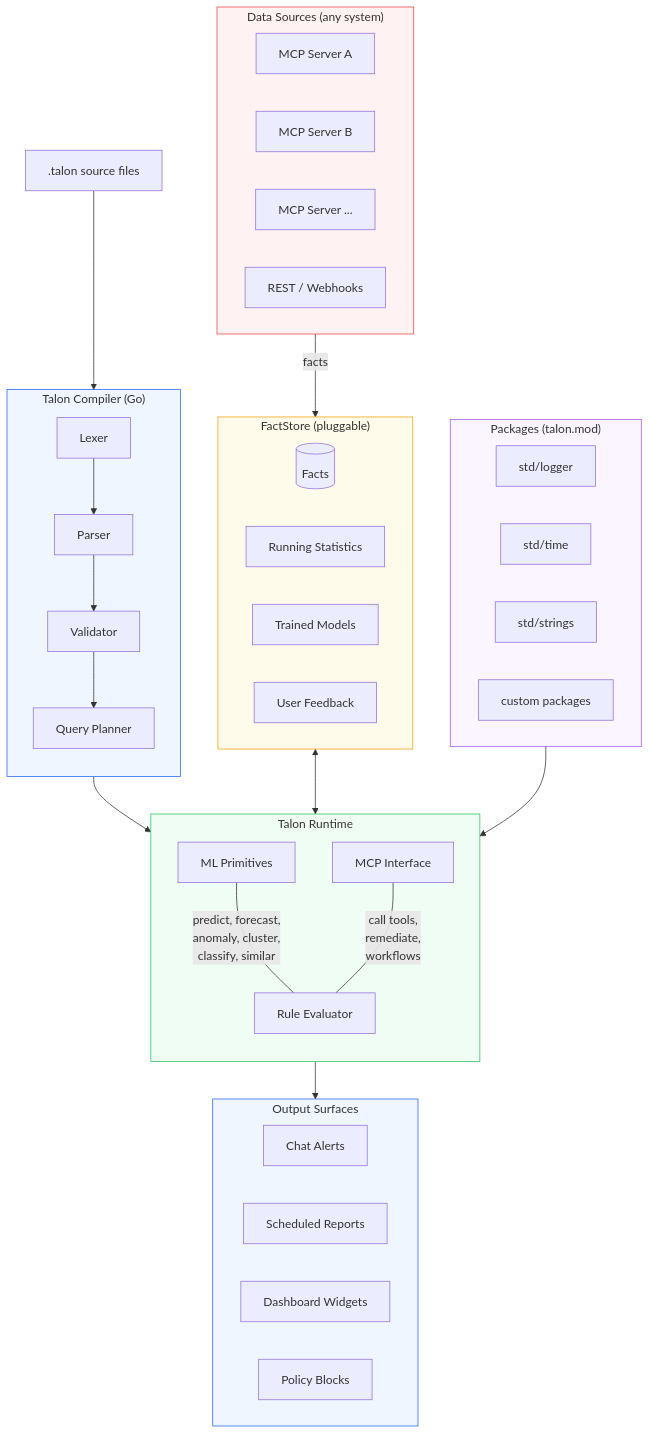
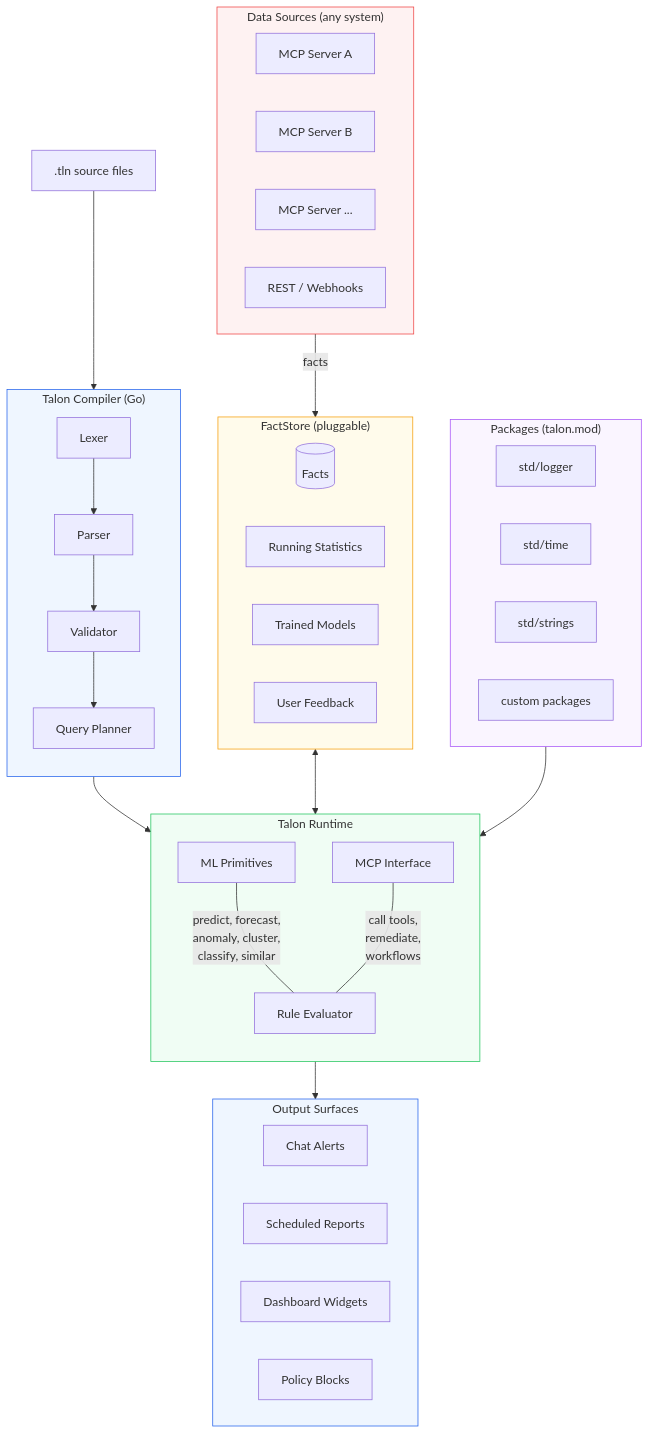
One commit to opentalon/talon-language changed the first of 2 diagrams in README.md. Above: the diagram before and after it, drawn with Mermaid. The commit also changed other lines of this file and 170 other files, not shown here.

Commit message:
Rename source extension from .talon to .tln

````diff
--- a/README.md
+++ b/README.md
@@ -151,64 +151,64 @@
 ```mermaid
 graph TB
     subgraph Sources["Data Sources (any system)"]
         MCP1[MCP Server A]
         MCP2[MCP Server B]
         MCP3[MCP Server ...]
         API[REST / Webhooks]
     end
 
     subgraph Compiler["Talon Compiler (Go)"]
         direction TB
         LEX[Lexer]
         PAR[Parser]
         VAL[Validator]
         QP[Query Planner]
         LEX --> PAR --> VAL --> QP
     end
 
     subgraph Runtime["Talon Runtime"]
         direction TB
         EVAL[Rule Evaluator]
         ML[ML Primitives]
         MCP_OUT[MCP Interface]
 
         ML --- |predict, forecast,<br>anomaly, cluster,<br>classify, similar| EVAL
         MCP_OUT --- |call tools,<br>remediate,<br>workflows| EVAL
     end
 
     subgraph Store["FactStore (pluggable)"]
         FACTS[(Facts)]
         STATS[Running Statistics]
         MODELS[Trained Models]
         FEEDBACK[User Feedback]
     end
 
     subgraph Plugins["Packages (talon.mod)"]
         STD_LOG[std/logger]
         STD_TIME[std/time]
         STD_STR[std/strings]
         CUSTOM[custom packages]
     end
 
     subgraph Output["Output Surfaces"]
         CHAT[Chat Alerts]
         REPORT[Scheduled Reports]
         DASH[Dashboard Widgets]
         GUARD[Policy Blocks]
     end
 
-    TALON[".talon source files"] --> Compiler
+    TALON[".tln source files"] --> Compiler
     Compiler --> Runtime
     Runtime --> Output
 
     Sources --> |facts| Store
     Store <--> Runtime
     Plugins --> Runtime
 
     style Sources fill:#fef2f2,stroke:#ef4444
     style Compiler fill:#eff6ff,stroke:#2563eb
     style Runtime fill:#f0fdf4,stroke:#22c55e
     style Store fill:#fffbeb,stroke:#f59e0b
     style Plugins fill:#faf5ff,stroke:#a855f7
     style Output fill:#eff6ff,stroke:#2563eb
 ```
````
